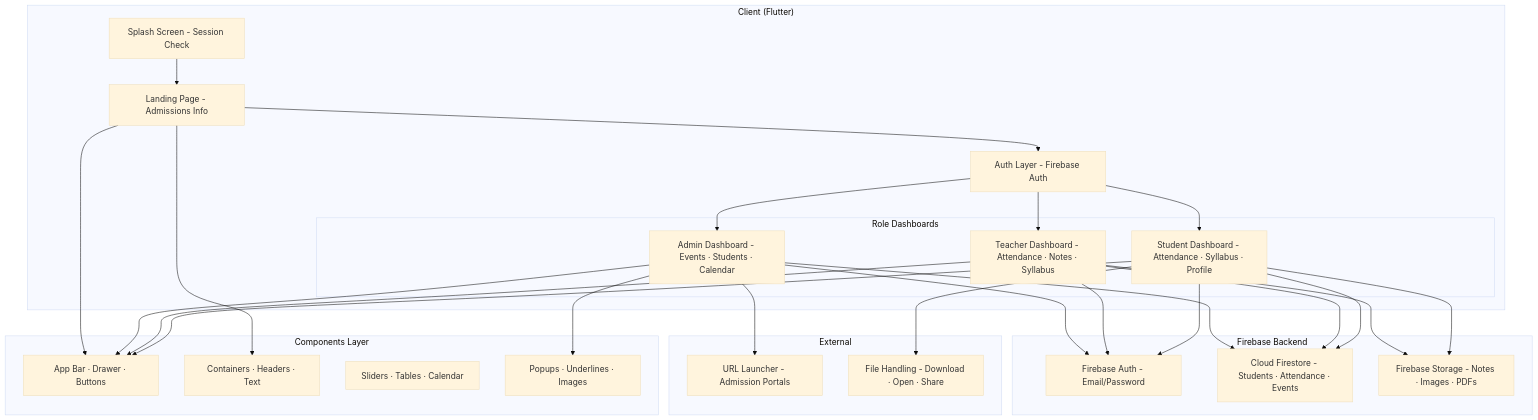
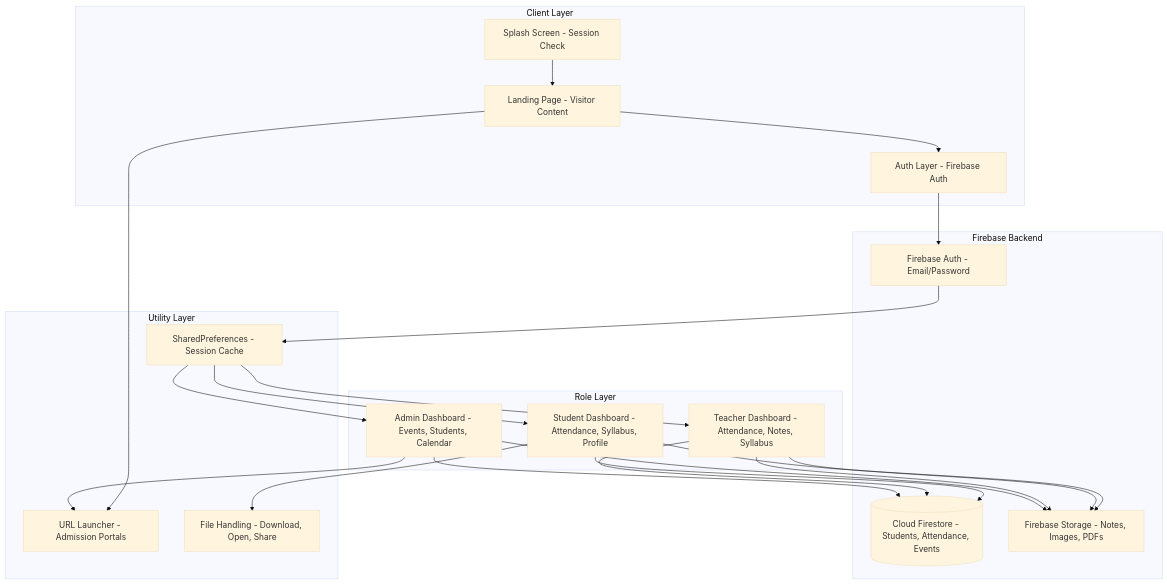
The diagram in README.md (Aicodebyprince/College-Management-App), drawn with Mermaid (base theme) before and after one commit. The commit also changed other lines of this file, not shown here.

````diff
--- a/README.md
+++ b/README.md
@@ -34,54 +50,50 @@
 ```mermaid
 graph TB
-    subgraph "Client (Flutter)"
-        Splash[Splash Screen - Session Check]
-        Landing[Landing Page - Admissions Info]
-        Login[Auth Layer - Firebase Auth]
-        
-        subgraph "Role Dashboards"
-            Admin[Admin Dashboard - Events · Students · Calendar]
-            Teacher[Teacher Dashboard - Attendance · Notes · Syllabus]
-            Student[Student Dashboard - Attendance · Syllabus · Profile]
-        end
+    subgraph "Client Layer"
+        S[Splash Screen - Session Check]
+        L[Landing Page - Visitor Content]
+        A[Auth Layer - Firebase Auth]
     end
-    
-    subgraph "Components Layer"
-        C1[App Bar · Drawer · Buttons]
-        C2[Containers · Headers · Text]
-        C3[Sliders · Tables · Calendar]
-        C4[Popups · Underlines · Images]
+
+    subgraph "Role Layer"
+        AD[Admin Dashboard - Events, Students, Calendar]
+        TD[Teacher Dashboard - Attendance, Notes, Syllabus]
+        SD[Student Dashboard - Attendance, Syllabus, Profile]
     end
-    
+
     subgraph "Firebase Backend"
         FA[Firebase Auth - Email/Password]
-        FS[Cloud Firestore - Students · Attendance · Events]
-        FSt[Firebase Storage - Notes · Images · PDFs]
+        FS[(Cloud Firestore - Students, Attendance, Events)]
+        FSt[Firebase Storage - Notes, Images, PDFs]
     end
+
+    subgraph "Utility Layer"
+        URL[URL Launcher - Admission Portals]
+        FL[File Handling - Download, Open, Share]
+        SH[SharedPreferences - Session Cache]
+    end
+
+    S --> L
+    L --> A
+    A --> FA
+    FA --> SH
     
-    subgraph "External"
-        URL[URL Launcher - Admission Portals]
-        File[File Handling - Download · Open · Share]
-    end
+    SH --> AD
+    SH --> TD
+    SH --> SD
     
-    Splash --> Landing
-    Landing --> Login
-    Login --> Admin
-    Login --> Teacher
-    Login --> Student
-    Admin --> FS
-    Teacher --> FS
-    Student --> FS
-    Admin --> FA
-    Teacher --> FA
-    Student --> FA
-    Teacher --> FSt
-    Student --> FSt
-    Admin --> URL
-    Landing --> C1
-    Landing --> C2
-    Admin --> C1
-    Teacher --> C1
-    Student --> C1
-    Admin --> C4
-    Student --> File
+    AD --> FS
+    AD --> FSt
+    
+    TD --> FS
+    TD --> FSt
+    
+    SD --> FS
+    SD --> FSt
+    
+    AD --> URL
+    L --> URL
+    
+    SD --> FL
+    TD --> FSt
 ```
````
